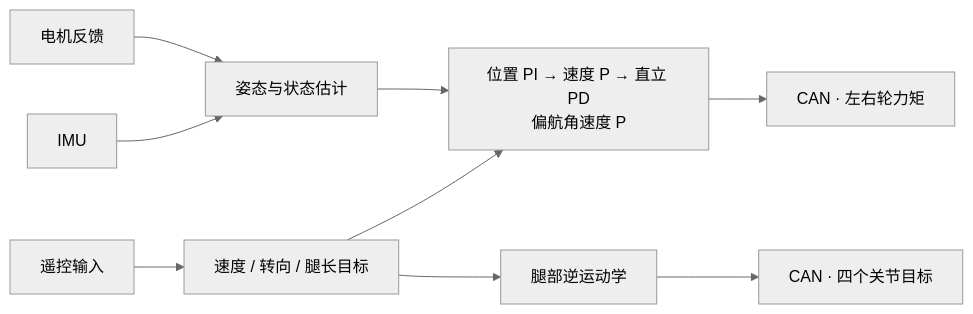
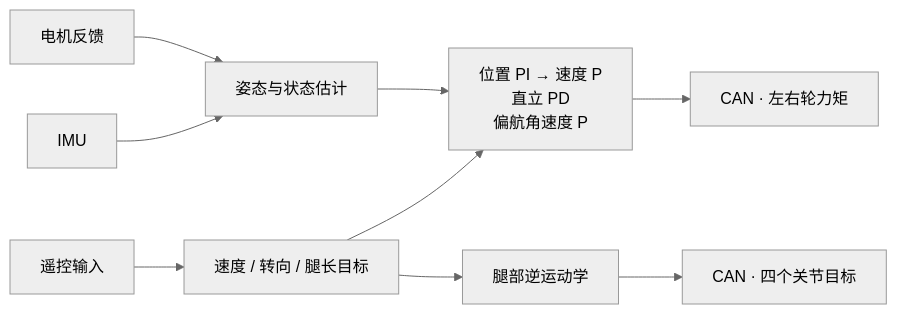
Before and after one commit to ppknkn/RoboBachelor: the diagram in README.md, drawn with Mermaid (neutral theme). The commit also changed other lines of this file, not shown here.

Commit message:
Keep diagrams and demo links compatible with GitHub

````diff
--- a/README.md
+++ b/README.md
@@ -53,11 +53,11 @@
 ```mermaid
 flowchart LR
     RC[遥控输入] --> TARGET[速度 / 转向 / 腿长目标]
     IMU[IMU] --> EST[姿态与状态估计]
     FB[电机反馈] --> EST
-    TARGET --> PID[位置 PI → 速度 P → 直立 PD<br/>偏航角速度 P]
+    TARGET --> PID[位置 PI → 速度 P<br/>直立 PD<br/>偏航角速度 P]
     EST --> PID
     TARGET --> IK[腿部逆运动学]
     PID --> WHEEL[CAN · 左右轮力矩]
     IK --> LEG[CAN · 四个关节目标]
 ```
````
